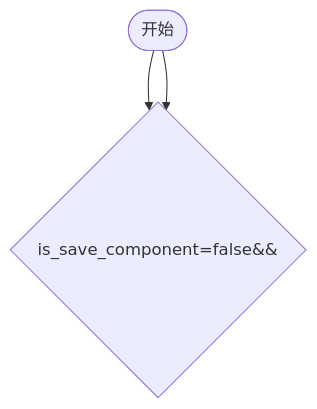
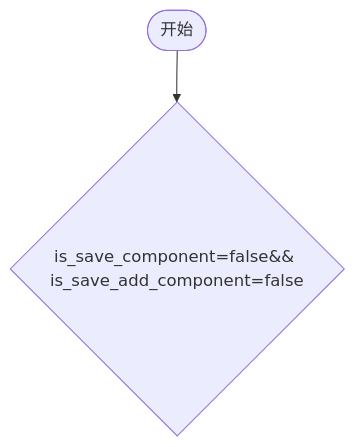
The diagram in all/未命名-7.md (yingjianzh/iodraw-files), drawn with Mermaid before and after one commit.

Commit message:
2024-10-12 13:48:45 update

````diff
--- a/all/未命名-7.md
+++ b/all/未命名-7.md
@@ -1,7 +1,6 @@
 ```mermaid
 flowchart TD
-    A([开始]) --> B{is_save_component=false&& }
-    A([开始]) --> B{is_save_component=false&& }
+    A([开始]) --> B{is_save_component=false&& is_save_add_component=false}
     
 
 ```
````
